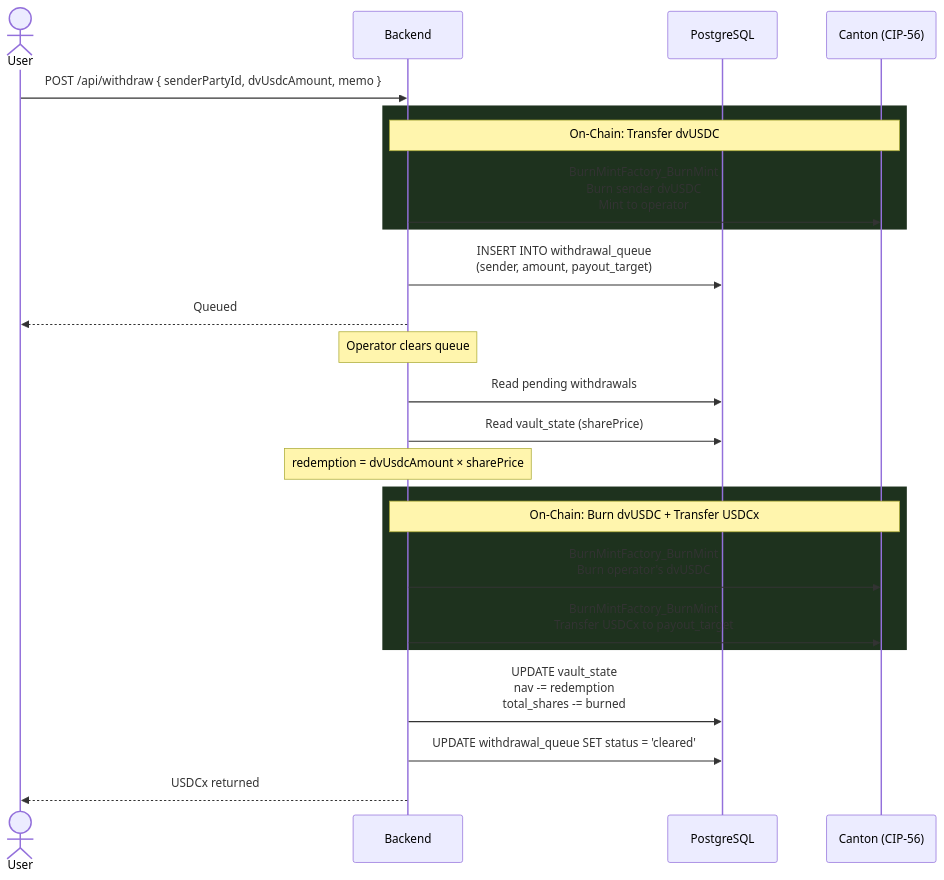
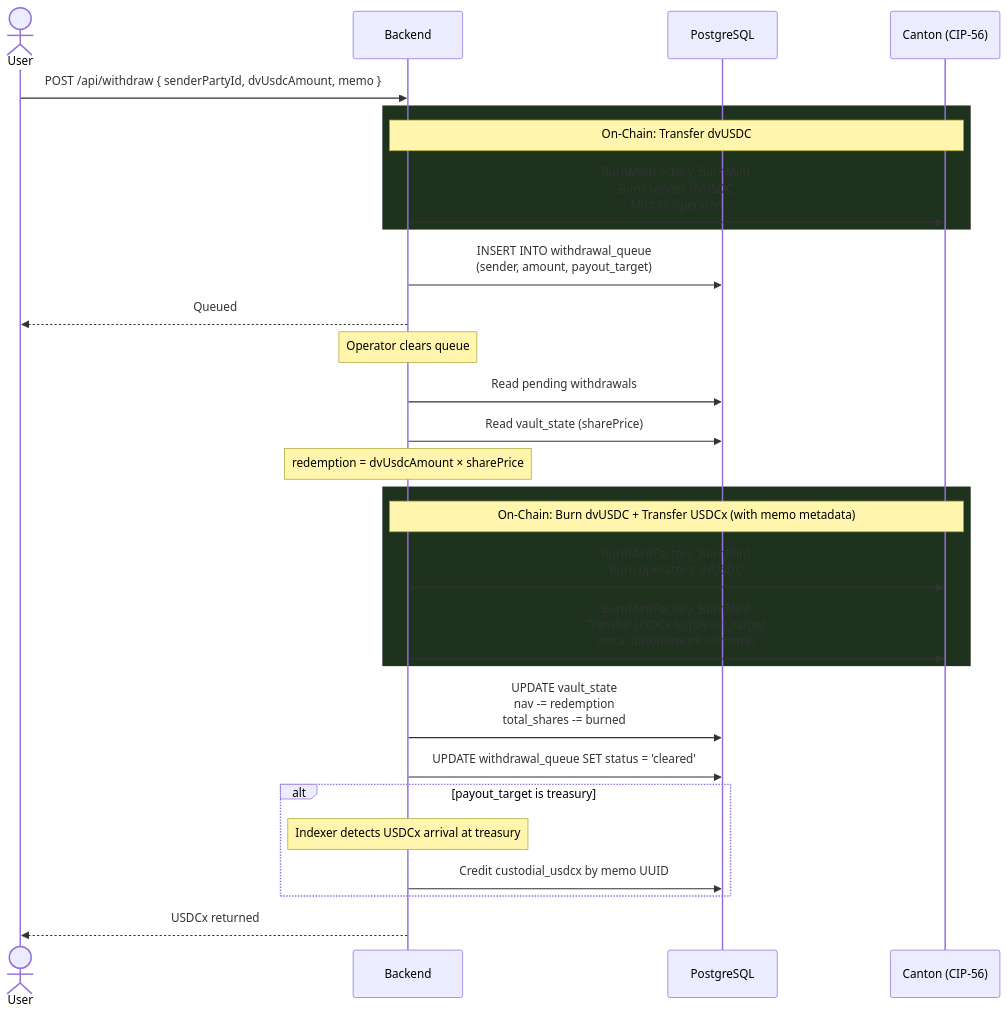
One commit to dittonetwork/ditto-ccvault changed the fifth of 13 diagrams in ARCHITECTURE.md. Above: the diagram before and after it, drawn with Mermaid. The commit also changed other lines of this file and 1 other file, not shown here.

First line of the commit message:
docs: update for v9 architecture — party separation, indexer, custodial USDCx

````diff
--- a/ARCHITECTURE.md
+++ b/ARCHITECTURE.md
@@ -308,33 +448,39 @@
 ```mermaid
 sequenceDiagram
     actor User
     participant BE as Backend
     participant DB as PostgreSQL
     participant CN as Canton (CIP-56)
 
     User->>BE: POST /api/withdraw { senderPartyId, dvUsdcAmount, memo }
 
     rect rgb(30, 50, 30)
         Note over BE,CN: On-Chain: Transfer dvUSDC
         BE->>CN: BurnMintFactory_BurnMint<br/>Burn sender dvUSDC<br/>Mint to operator
     end
 
     BE->>DB: INSERT INTO withdrawal_queue<br/>(sender, amount, payout_target)
     BE-->>User: Queued
 
     Note over BE: Operator clears queue
 
     BE->>DB: Read pending withdrawals
     BE->>DB: Read vault_state (sharePrice)
     Note over BE: redemption = dvUsdcAmount × sharePrice
 
     rect rgb(30, 50, 30)
-        Note over BE,CN: On-Chain: Burn dvUSDC + Transfer USDCx
+        Note over BE,CN: On-Chain: Burn dvUSDC + Transfer USDCx (with memo metadata)
         BE->>CN: BurnMintFactory_BurnMint<br/>Burn operator's dvUSDC
-        BE->>CN: BurnMintFactory_BurnMint<br/>Transfer USDCx to payout_target
+        BE->>CN: BurnMintFactory_BurnMint<br/>Transfer USDCx to payout_target<br/>meta: dittonetwork.io/memo
     end
 
     BE->>DB: UPDATE vault_state<br/>nav -= redemption<br/>total_shares -= burned
     BE->>DB: UPDATE withdrawal_queue SET status = 'cleared'
+
+    alt payout_target is treasury
+        Note over BE: Indexer detects USDCx arrival at treasury
+        BE->>DB: Credit custodial_usdcx by memo UUID
+    end
+
     BE-->>User: USDCx returned
 ```
````
